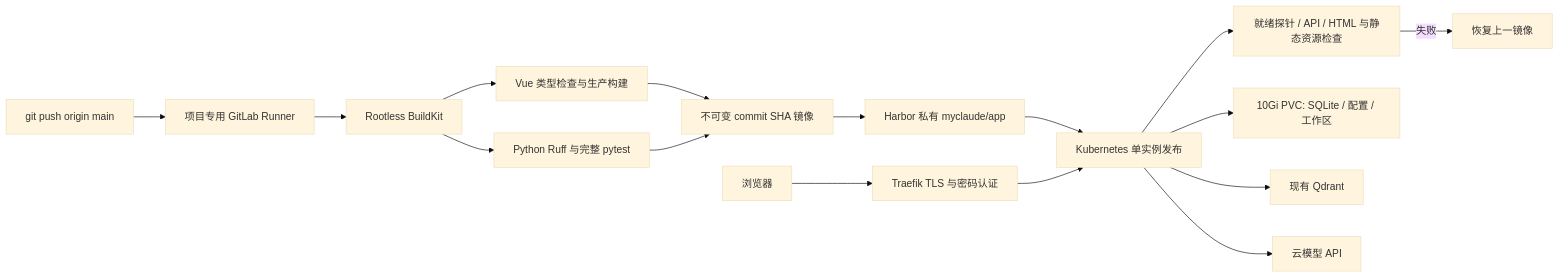
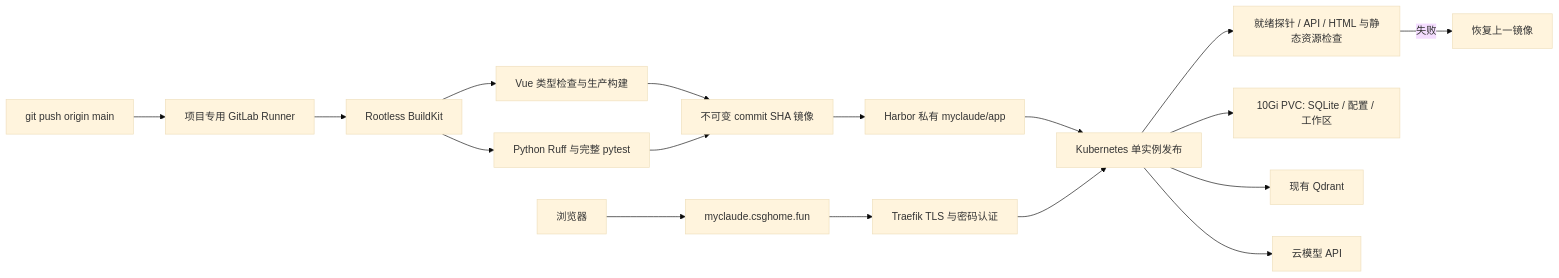
One commit to okguangzai/myclaude changed the diagram in docs/GitLab部署与运维.md. Above: the diagram before and after it, drawn with Mermaid (base theme). The commit also changed other lines of this file and 5 other files, not shown here.

````diff
--- a/docs/GitLab部署与运维.md
+++ b/docs/GitLab部署与运维.md
@@ -9,18 +9,19 @@
 ```mermaid
 flowchart LR
   A[git push origin main] --> B[项目专用 GitLab Runner]
   B --> C[Rootless BuildKit]
   C --> D[Vue 类型检查与生产构建]
   C --> E[Python Ruff 与完整 pytest]
   D --> F[不可变 commit SHA 镜像]
   E --> F
   F --> G[Harbor 私有 myclaude/app]
   G --> H[Kubernetes 单实例发布]
   H --> I[就绪探针 / API / HTML 与静态资源检查]
   I -->|失败| J[恢复上一镜像]
-  U[浏览器] --> T[Traefik TLS 与密码认证]
+  U[浏览器] --> DNS[myclaude.csghome.fun]
+  DNS --> T[Traefik TLS 与密码认证]
   T --> H
   H --> V[10Gi PVC: SQLite / 配置 / 工作区]
   H --> Q[现有 Qdrant]
   H --> M[云模型 API]
 ```
````
